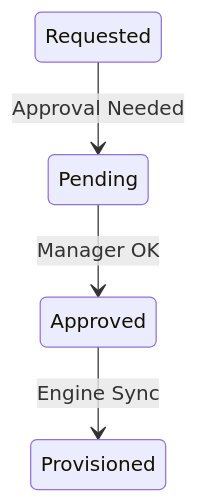
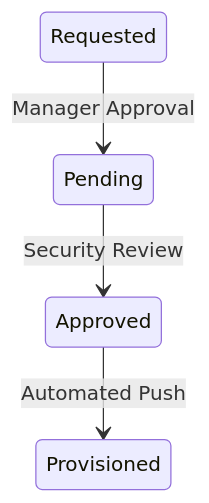
One commit to Devopstrio/identity-governance-framework changed diagram 14 of 30 in README.md. Above: the diagram before and after it, drawn with Mermaid. The commit also changed other lines of this file, not shown here.

Commit message:
docs: finalize premium institutional-grade README with 30+ diagrams and executive summary

````diff
--- a/README.md
+++ b/README.md
@@ -123,6 +231,6 @@
 ```mermaid
 stateDiagram-v2
-    Requested --> Pending: Approval Needed
-    Pending --> Approved: Manager OK
-    Approved --> Provisioned: Engine Sync
+    Requested --> Pending: Manager Approval
+    Pending --> Approved: Security Review
+    Approved --> Provisioned: Automated Push
 ```
````
